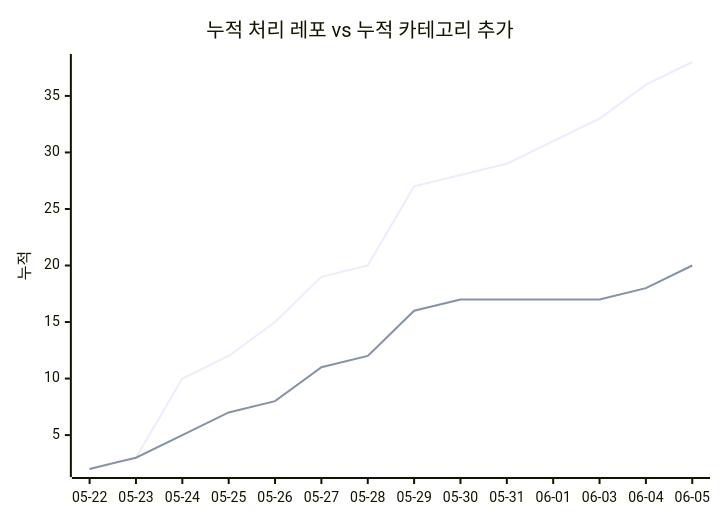
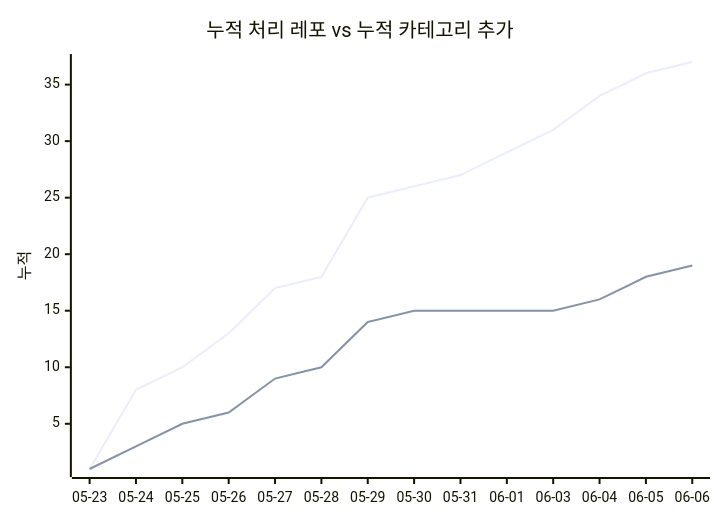
The second of 2 diagrams in docs/trends.md (J-nowcow/awesome-korean-agent-skills), drawn with Mermaid before and after one commit. The commit also changed other lines of this file and 3 other files, not shown here.

````diff
--- a/docs/trends.md
+++ b/docs/trends.md
@@ -68,8 +68,8 @@
 ```mermaid
 xychart-beta
     title "누적 처리 레포 vs 누적 카테고리 추가"
-    x-axis ["05-22","05-23","05-24","05-25","05-26","05-27","05-28","05-29","05-30","05-31","06-01","06-03","06-04","06-05"]
+    x-axis ["05-23","05-24","05-25","05-26","05-27","05-28","05-29","05-30","05-31","06-01","06-03","06-04","06-05","06-06"]
     y-axis "누적"
-    line [2,3,10,12,15,19,20,27,28,29,31,33,36,38]
-    line [2,3,5,7,8,11,12,16,17,17,17,17,18,20]
+    line [1,8,10,13,17,18,25,26,27,29,31,34,36,37]
+    line [1,3,5,6,9,10,14,15,15,15,15,16,18,19]
 ```
````
